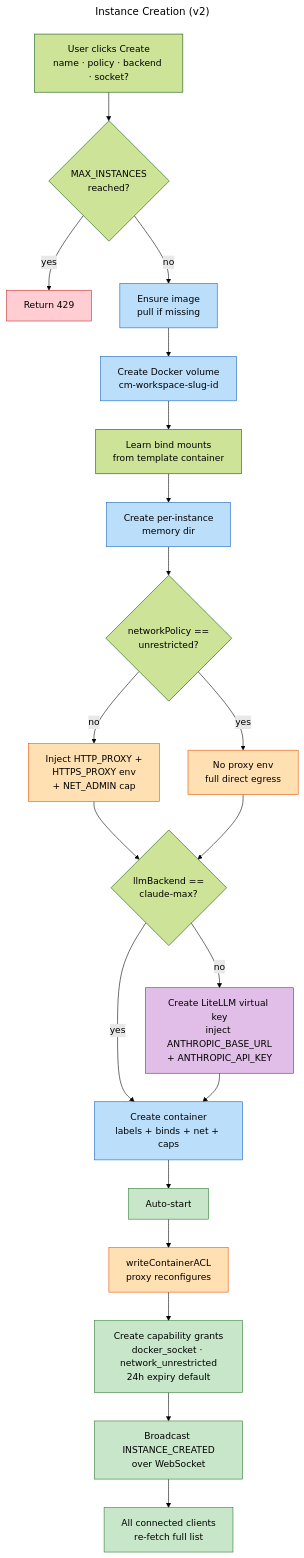
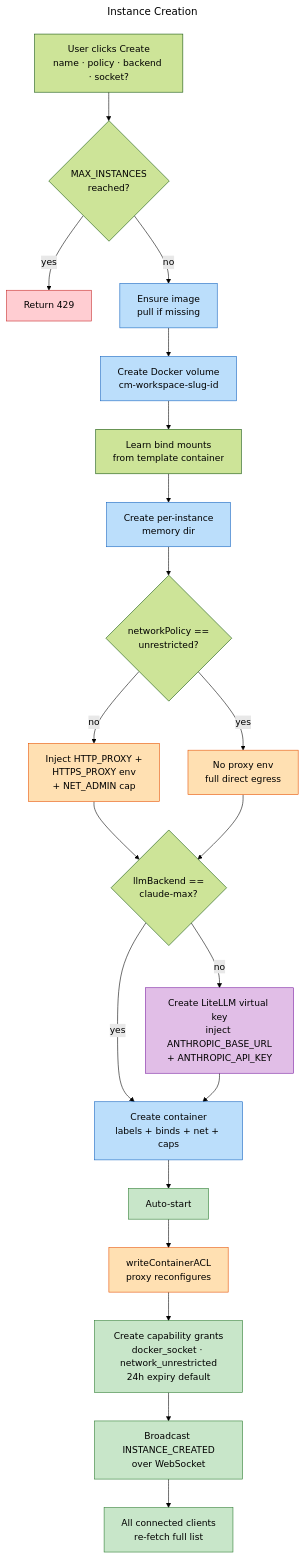
One commit to FrederikLeed/claude-manager-public changed the diagram in docs/diagrams/request-flow.mmd. Above: the diagram before and after it, drawn with Mermaid (forest theme). The commit also changed 20 other files, not shown here.

```diff
--- a/docs/diagrams/request-flow.mmd
+++ b/docs/diagrams/request-flow.mmd
@@ -1,35 +1,35 @@
 ---
-title: Instance Creation (v2)
+title: Instance Creation
 ---
 flowchart TD
   Req[User clicks Create<br/>name · policy · backend · socket?] --> Limit{MAX_INSTANCES<br/>reached?}
   Limit -- yes --> Reject[Return 429]
   Limit -- no --> Pull[Ensure image<br/>pull if missing]
   Pull --> Vol[Create Docker volume<br/>cm-workspace-slug-id]
   Vol --> Mounts[Learn bind mounts<br/>from template container]
   Mounts --> Memory[Create per-instance<br/>memory dir]
   Memory --> Env{networkPolicy ==<br/>unrestricted?}
   Env -- no --> Proxy[Inject HTTP_PROXY +<br/>HTTPS_PROXY env<br/>+ NET_ADMIN cap]
   Env -- yes --> NoProxy[No proxy env<br/>full direct egress]
   Proxy --> LLM
   NoProxy --> LLM
   LLM{llmBackend ==<br/>claude-max?}
   LLM -- yes --> Create
   LLM -- no --> LiteLLM[Create LiteLLM virtual key<br/>inject ANTHROPIC_BASE_URL<br/>+ ANTHROPIC_API_KEY]
   LiteLLM --> Create[Create container<br/>labels + binds + net + caps]
   Create --> Start[Auto-start]
   Start --> ACL[writeContainerACL<br/>proxy reconfigures]
   ACL --> Grants[Create capability grants<br/>docker_socket · network_unrestricted<br/>24h expiry default]
   Grants --> BC[Broadcast INSTANCE_CREATED<br/>over WebSocket]
   BC --> Clients[All connected clients<br/>re-fetch full list]
 
   classDef ok fill:#C8E6C9,stroke:#2E7D32;
   classDef err fill:#FFCDD2,stroke:#C62828;
   classDef io fill:#BBDEFB,stroke:#1565C0;
   classDef net fill:#FFE0B2,stroke:#E65100;
   classDef llm fill:#E1BEE7,stroke:#7B1FA2;
   class Start,BC,Clients,Grants ok
   class Reject err
   class Pull,Vol,Memory,Create io
   class Proxy,ACL,NoProxy net
   class LiteLLM llm
```
